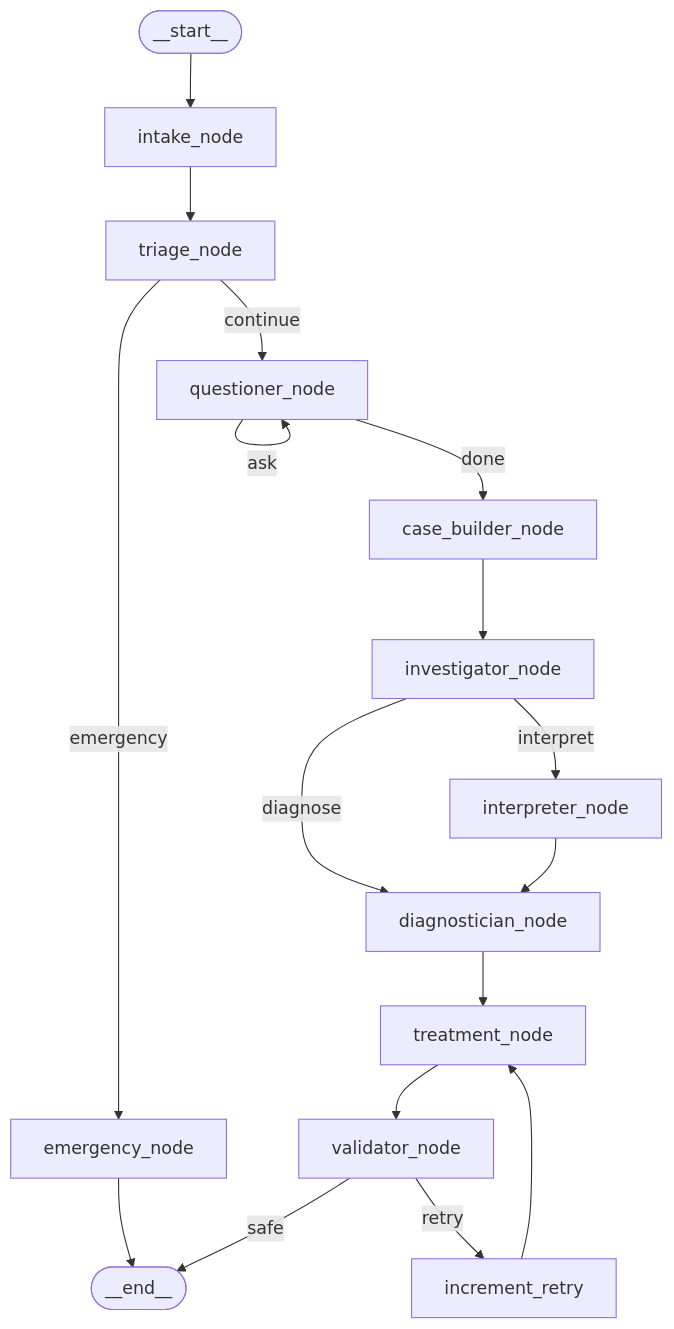
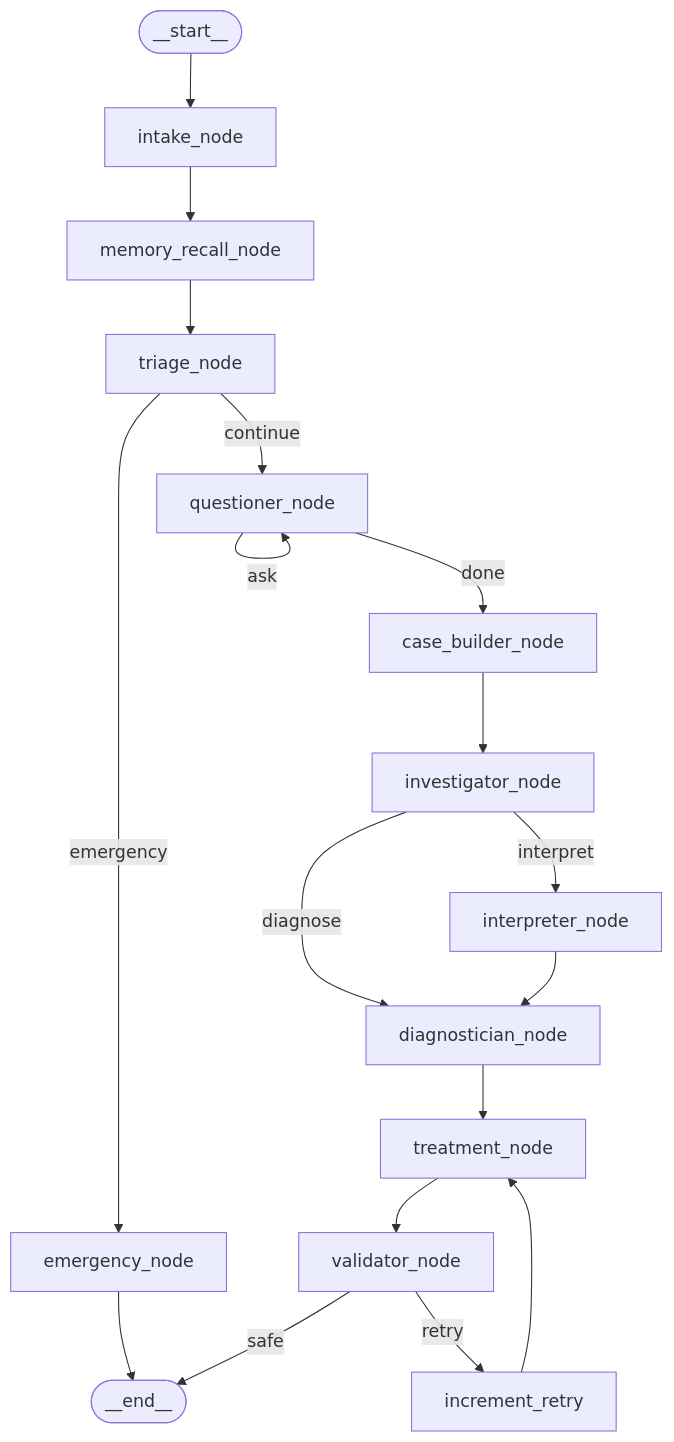
One commit to Musavirkhaliq/medgraph changed the diagram in docs/architecture.md. Above: the diagram before and after it, drawn with Mermaid. The commit also changed other lines of this file and 18 other files, not shown here.

````diff
--- a/docs/architecture.md
+++ b/docs/architecture.md
@@ -86,19 +91,20 @@
 ```mermaid
 flowchart TD
     START([__start__]) --> intake[intake_node]
-    intake --> triage[triage_node]
+    intake --> memory_recall[memory_recall_node]
+    memory_recall --> triage[triage_node]
     triage -->|emergency| emergency[emergency_node]
     triage -->|continue| questioner[questioner_node]
     emergency --> END([__end__])
     questioner -->|ask| questioner
     questioner -->|done| case_builder[case_builder_node]
     case_builder --> investigator[investigator_node]
     investigator -->|interpret| interpreter[interpreter_node]
     investigator -->|diagnose| diagnostician[diagnostician_node]
     interpreter --> diagnostician
     diagnostician --> treatment[treatment_node]
     treatment --> validator[validator_node]
     validator -->|safe| END
     validator -->|retry| increment_retry[increment_retry]
     increment_retry --> treatment
 ```
````
